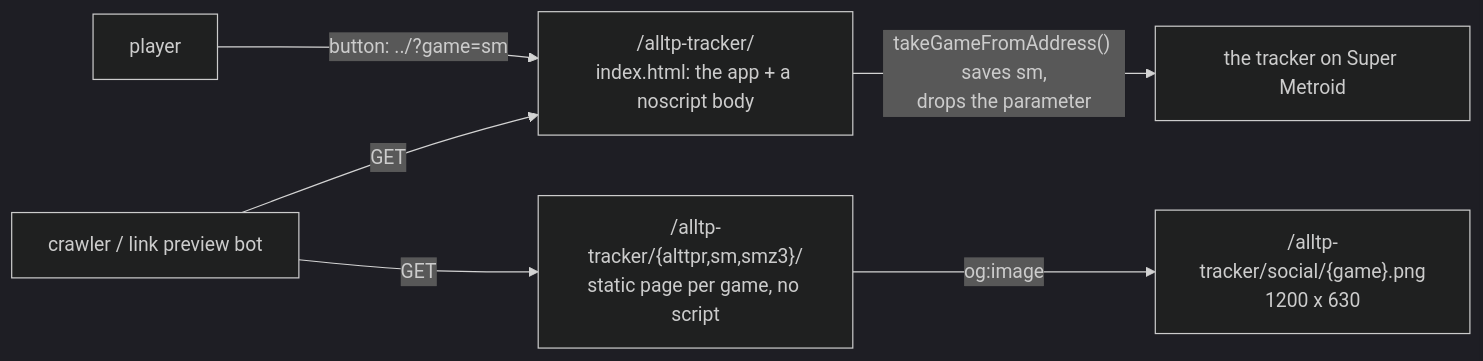
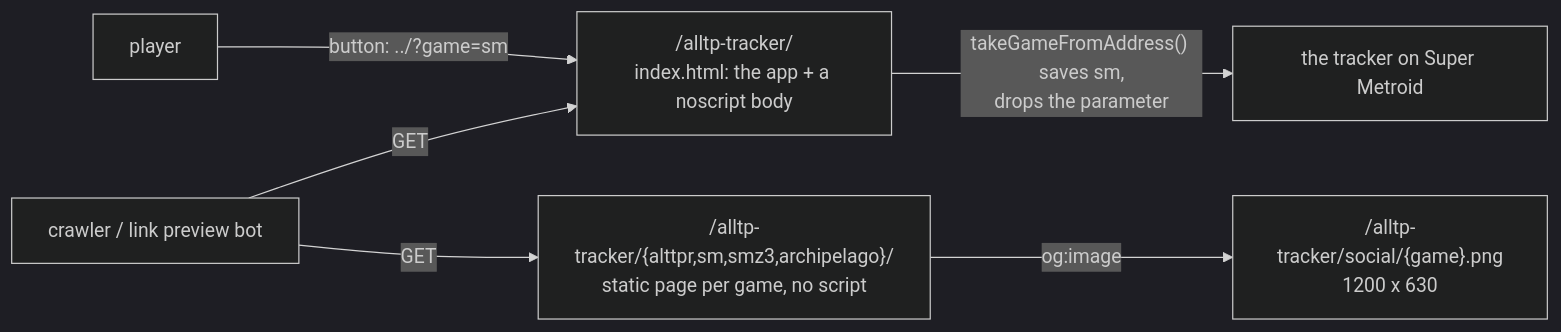
One commit to kqesar/alltp-tracker changed the diagram in docs/seo.md. Above: the diagram before and after it, drawn with Mermaid (dark theme). The commit also changed other lines of this file and 64 other files, not shown here.

````diff
--- a/docs/seo.md
+++ b/docs/seo.md
@@ -7,8 +7,8 @@
 ```mermaid
 flowchart LR
   crawler["crawler / link preview bot"] -->|GET| root["/alltp-tracker/<br/>index.html: the app + a noscript body"]
-  crawler -->|GET| pages["/alltp-tracker/{alttpr,sm,smz3}/<br/>static page per game, no script"]
+  crawler -->|GET| pages["/alltp-tracker/{alttpr,sm,smz3,archipelago}/<br/>static page per game, no script"]
   pages -->|"og:image"| cards["/alltp-tracker/social/{game}.png<br/>1200 x 630"]
   player["player"] -->|"button: ../?game=sm"| root
   root -->|"takeGameFromAddress() saves sm,<br/>drops the parameter"| app["the tracker on Super Metroid"]
 ```
````
